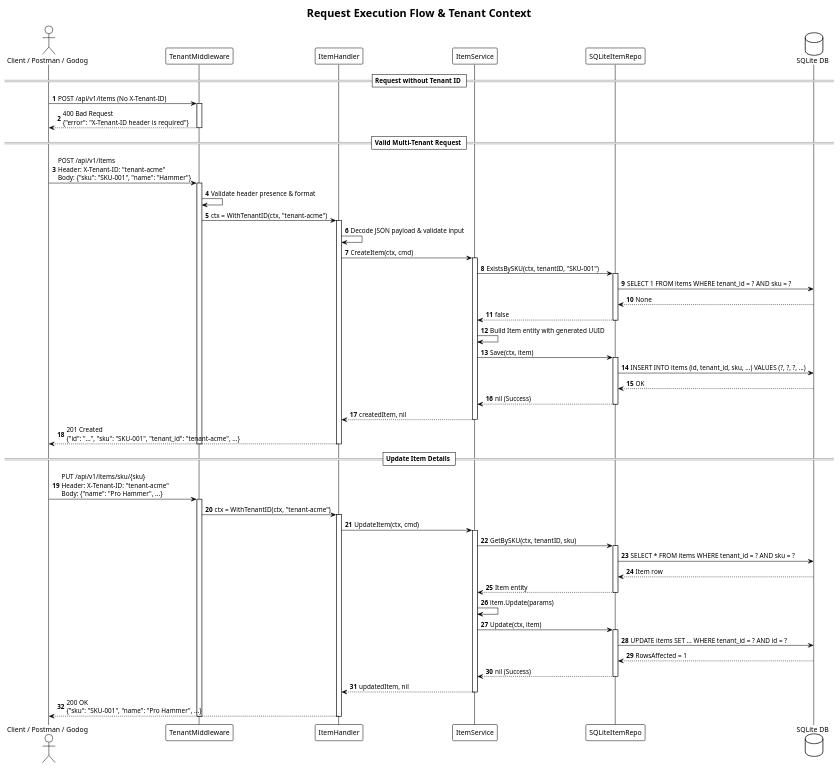
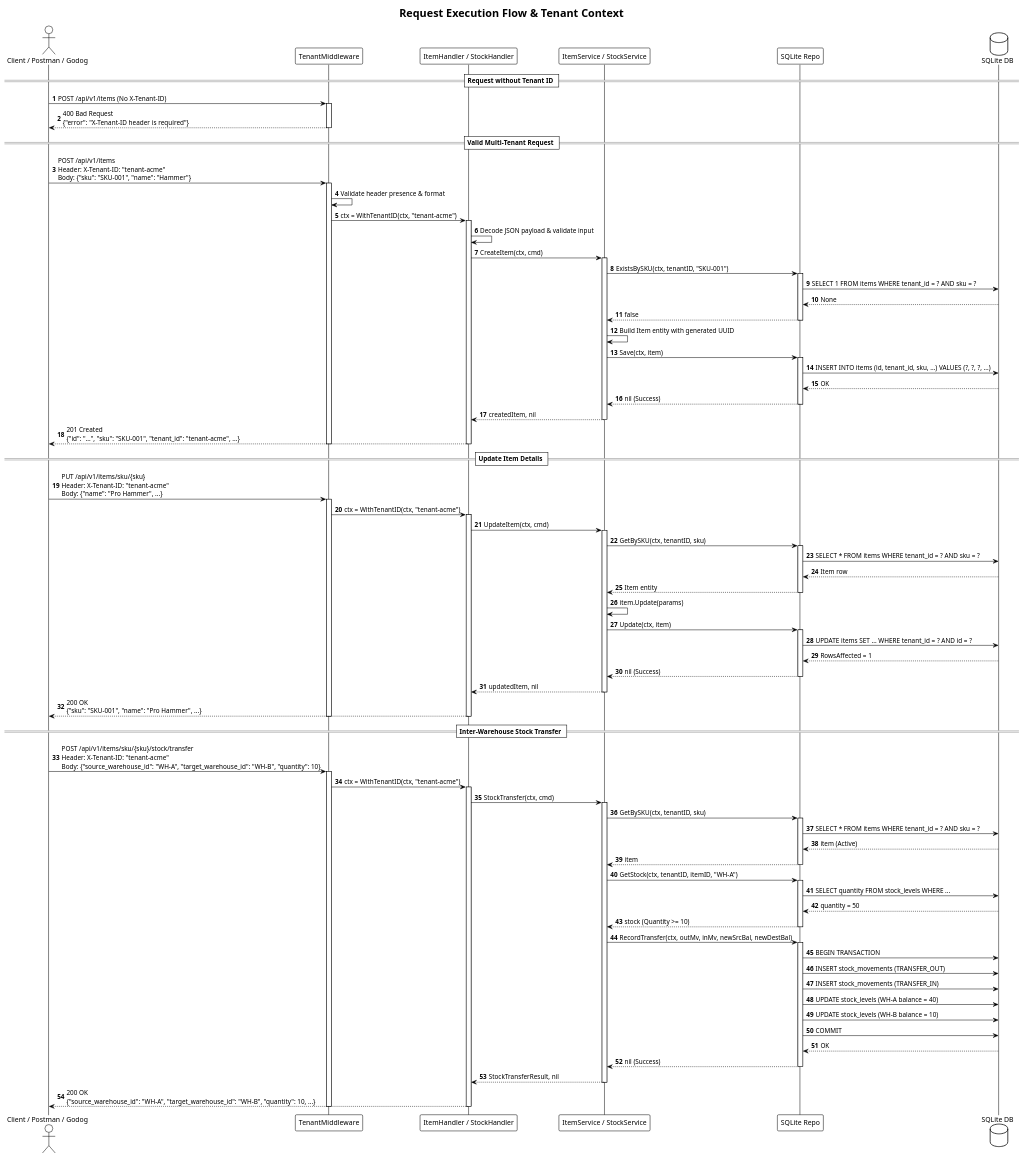
One commit to ari-fikri/inventory changed the diagram in documents/diagrams/sequence_flow.puml. Above: the diagram before and after it, drawn with PlantUML.

Commit message:
docs(diagrams): add inter-warehouse stock transfer flow to sequence_flow.puml

```diff
--- a/documents/diagrams/sequence_flow.puml
+++ b/documents/diagrams/sequence_flow.puml
@@ -1,79 +1,115 @@
 @startuml sequence_flow
 !theme plain
 autonumber
 
 title Request Execution Flow & Tenant Context
 
 actor "Client / Postman / Godog" as Client
 participant "TenantMiddleware" as MW
-participant "ItemHandler" as Handler
-participant "ItemService" as Service
-participant "SQLiteItemRepo" as Repo
+participant "ItemHandler / StockHandler" as Handler
+participant "ItemService / StockService" as Service
+participant "SQLite Repo" as Repo
 database "SQLite DB" as DB
 
 == Request without Tenant ID ==
 Client -> MW : POST /api/v1/items (No X-Tenant-ID)
 activate MW
 MW --> Client : 400 Bad Request\n{"error": "X-Tenant-ID header is required"}
 deactivate MW
 
 == Valid Multi-Tenant Request ==
 Client -> MW : POST /api/v1/items\nHeader: X-Tenant-ID: "tenant-acme"\nBody: {"sku": "SKU-001", "name": "Hammer"}
 activate MW
 MW -> MW : Validate header presence & format
 MW -> Handler : ctx = WithTenantID(ctx, "tenant-acme")
 activate Handler
 
 Handler -> Handler : Decode JSON payload & validate input
 Handler -> Service : CreateItem(ctx, cmd)
 activate Service
 
 Service -> Repo : ExistsBySKU(ctx, tenantID, "SKU-001")
 activate Repo
 Repo -> DB : SELECT 1 FROM items WHERE tenant_id = ? AND sku = ?
 DB --> Repo : None
 Repo --> Service : false
 deactivate Repo
 
 Service -> Service : Build Item entity with generated UUID
 Service -> Repo : Save(ctx, item)
 activate Repo
 Repo -> DB : INSERT INTO items (id, tenant_id, sku, ...) VALUES (?, ?, ?, ...)
 DB --> Repo : OK
 Repo --> Service : nil (Success)
 deactivate Repo
 
 Service --> Handler : createdItem, nil
 deactivate Service
 
 Handler --> Client : 201 Created\n{"id": "...", "sku": "SKU-001", "tenant_id": "tenant-acme", ...}
 deactivate Handler
 deactivate MW
 
 == Update Item Details ==
 Client -> MW : PUT /api/v1/items/sku/{sku}\nHeader: X-Tenant-ID: "tenant-acme"\nBody: {"name": "Pro Hammer", ...}
 activate MW
 MW -> Handler : ctx = WithTenantID(ctx, "tenant-acme")
 activate Handler
 Handler -> Service : UpdateItem(ctx, cmd)
 activate Service
 Service -> Repo : GetBySKU(ctx, tenantID, sku)
 activate Repo
 Repo -> DB : SELECT * FROM items WHERE tenant_id = ? AND sku = ?
 DB --> Repo : Item row
 Repo --> Service : Item entity
 deactivate Repo
 Service -> Service : item.Update(params)
 Service -> Repo : Update(ctx, item)
 activate Repo
 Repo -> DB : UPDATE items SET ... WHERE tenant_id = ? AND id = ?
 DB --> Repo : RowsAffected = 1
 Repo --> Service : nil (Success)
 deactivate Repo
 Service --> Handler : updatedItem, nil
 deactivate Service
 Handler --> Client : 200 OK\n{"sku": "SKU-001", "name": "Pro Hammer", ...}
 deactivate Handler
 deactivate MW
 
+== Inter-Warehouse Stock Transfer ==
+Client -> MW : POST /api/v1/items/sku/{sku}/stock/transfer\nHeader: X-Tenant-ID: "tenant-acme"\nBody: {"source_warehouse_id": "WH-A", "target_warehouse_id": "WH-B", "quantity": 10}
+activate MW
+MW -> Handler : ctx = WithTenantID(ctx, "tenant-acme")
+activate Handler
+Handler -> Service : StockTransfer(ctx, cmd)
+activate Service
+Service -> Repo : GetBySKU(ctx, tenantID, sku)
+activate Repo
+Repo -> DB : SELECT * FROM items WHERE tenant_id = ? AND sku = ?
+DB --> Repo : item (Active)
+Repo --> Service : item
+deactivate Repo
+Service -> Repo : GetStock(ctx, tenantID, itemID, "WH-A")
+activate Repo
+Repo -> DB : SELECT quantity FROM stock_levels WHERE ...
+DB --> Repo : quantity = 50
+Repo --> Service : stock (Quantity >= 10)
+deactivate Repo
+Service -> Repo : RecordTransfer(ctx, outMv, inMv, newSrcBal, newDestBal)
+activate Repo
+Repo -> DB : BEGIN TRANSACTION
+Repo -> DB : INSERT stock_movements (TRANSFER_OUT)
+Repo -> DB : INSERT stock_movements (TRANSFER_IN)
+Repo -> DB : UPDATE stock_levels (WH-A balance = 40)
+Repo -> DB : UPDATE stock_levels (WH-B balance = 10)
+Repo -> DB : COMMIT
+DB --> Repo : OK
+Repo --> Service : nil (Success)
+deactivate Repo
+Service --> Handler : StockTransferResult, nil
+deactivate Service
+Handler --> Client : 200 OK\n{"source_warehouse_id": "WH-A", "target_warehouse_id": "WH-B", "quantity": 10, ...}
+deactivate Handler
+deactivate MW
+
 @enduml
```
